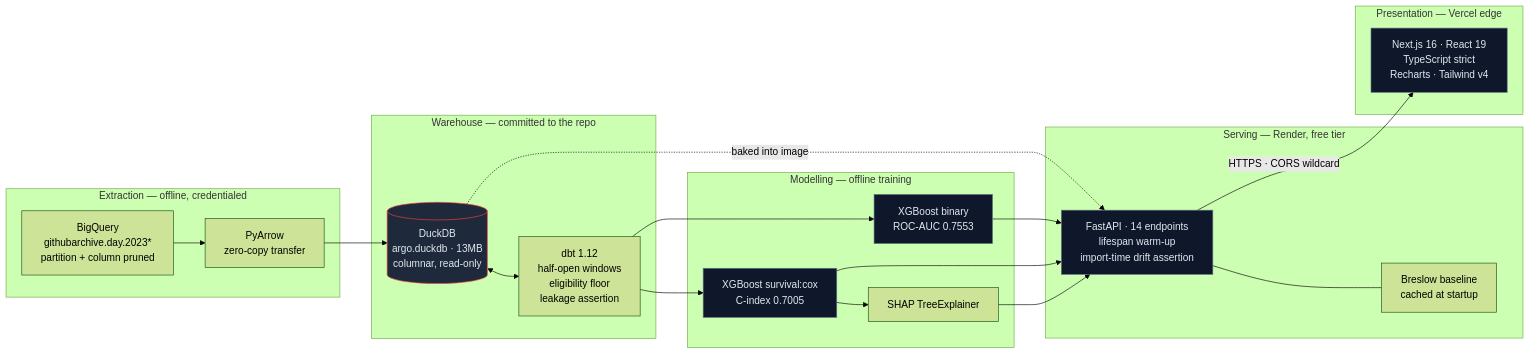
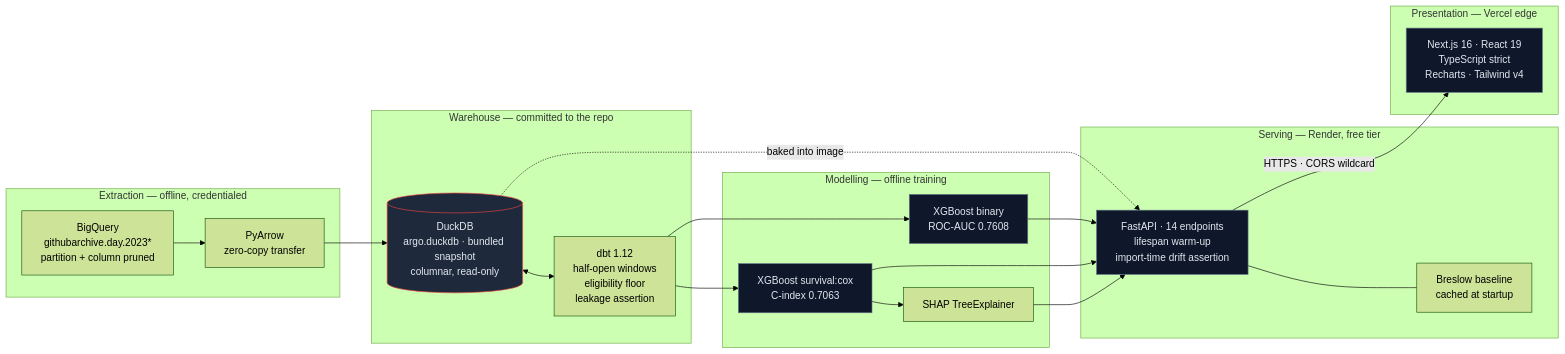
Before and after one commit to yash-rai-93/argo-data-platform: the diagram in README.md, drawn with Mermaid (forest theme). The commit also changed other lines of this file and 9 other files, not shown here.

````diff
--- a/README.md
+++ b/README.md
@@ -30,45 +32,45 @@
 ```mermaid
 flowchart LR
     subgraph EXTRACT["Extraction — offline, credentialed"]
         BQ["BigQuery<br/>githubarchive.day.2023*<br/>partition + column pruned"]
         ARROW["PyArrow<br/>zero-copy transfer"]
         BQ --> ARROW
     end
 
     subgraph WAREHOUSE["Warehouse — committed to the repo"]
-        DUCK[("DuckDB<br/>argo.duckdb · 13MB<br/>columnar, read-only")]
+        DUCK[("DuckDB<br/>argo.duckdb · bundled snapshot<br/>columnar, read-only")]
         DBT["dbt 1.12<br/>half-open windows<br/>eligibility floor<br/>leakage assertion"]
         ARROW --> DUCK
         DUCK <--> DBT
     end
 
     subgraph MODELS["Modelling — offline training"]
-        COX["XGBoost survival:cox<br/>C-index 0.7005"]
-        CLF["XGBoost binary<br/>ROC-AUC 0.7553"]
+        COX["XGBoost survival:cox<br/>C-index 0.7063"]
+        CLF["XGBoost binary<br/>ROC-AUC 0.7608"]
         SHAP["SHAP TreeExplainer"]
         DBT --> COX
         DBT --> CLF
         COX --> SHAP
     end
 
     subgraph SERVE["Serving — Render, free tier"]
         API["FastAPI · 14 endpoints<br/>lifespan warm-up<br/>import-time drift assertion"]
         BRES["Breslow baseline<br/>cached at startup"]
         API --- BRES
     end
 
     subgraph EDGE["Presentation — Vercel edge"]
         NEXT["Next.js 16 · React 19<br/>TypeScript strict<br/>Recharts · Tailwind v4"]
     end
 
     COX --> API
     CLF --> API
     SHAP --> API
     DUCK -.->|"baked into image"| API
     API -->|"HTTPS · CORS wildcard"| NEXT
 
     classDef store fill:#1e293b,stroke:#ef4444,color:#e2e8f0
     classDef compute fill:#0f172a,stroke:#64748b,color:#e2e8f0
     class DUCK store
     class API,NEXT,COX,CLF compute
 ```
````
